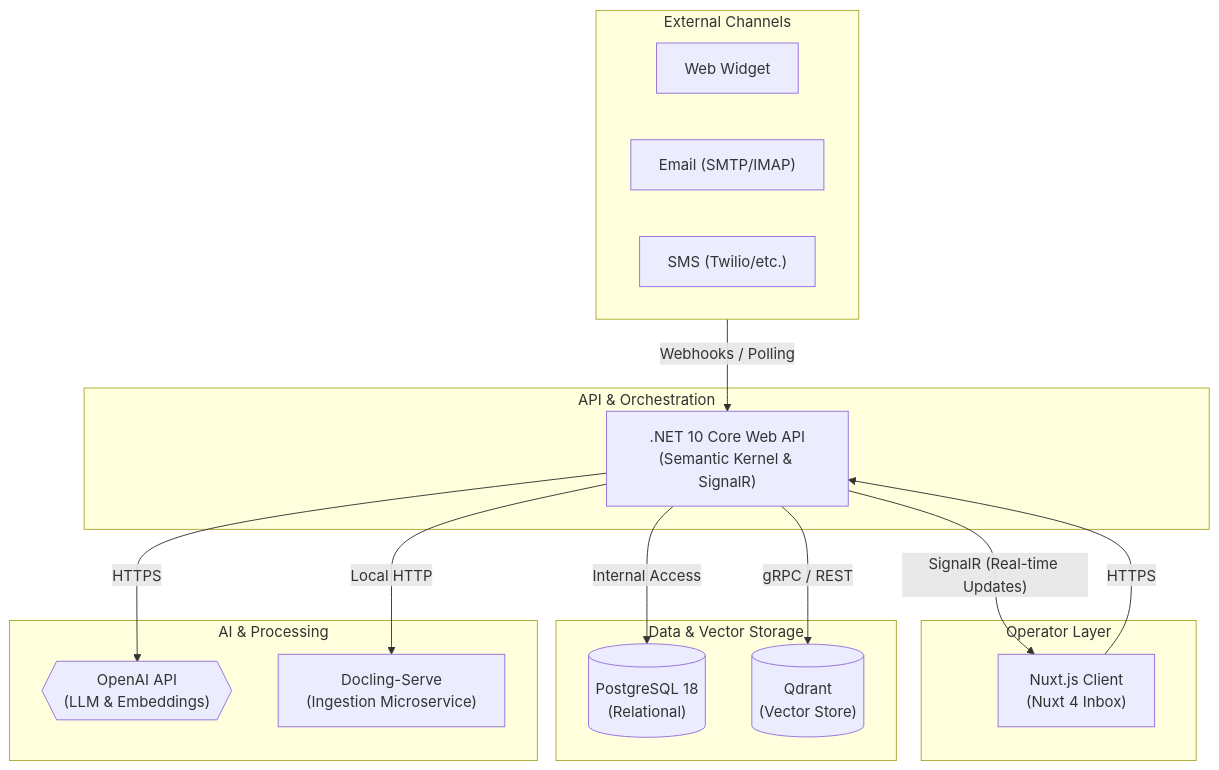
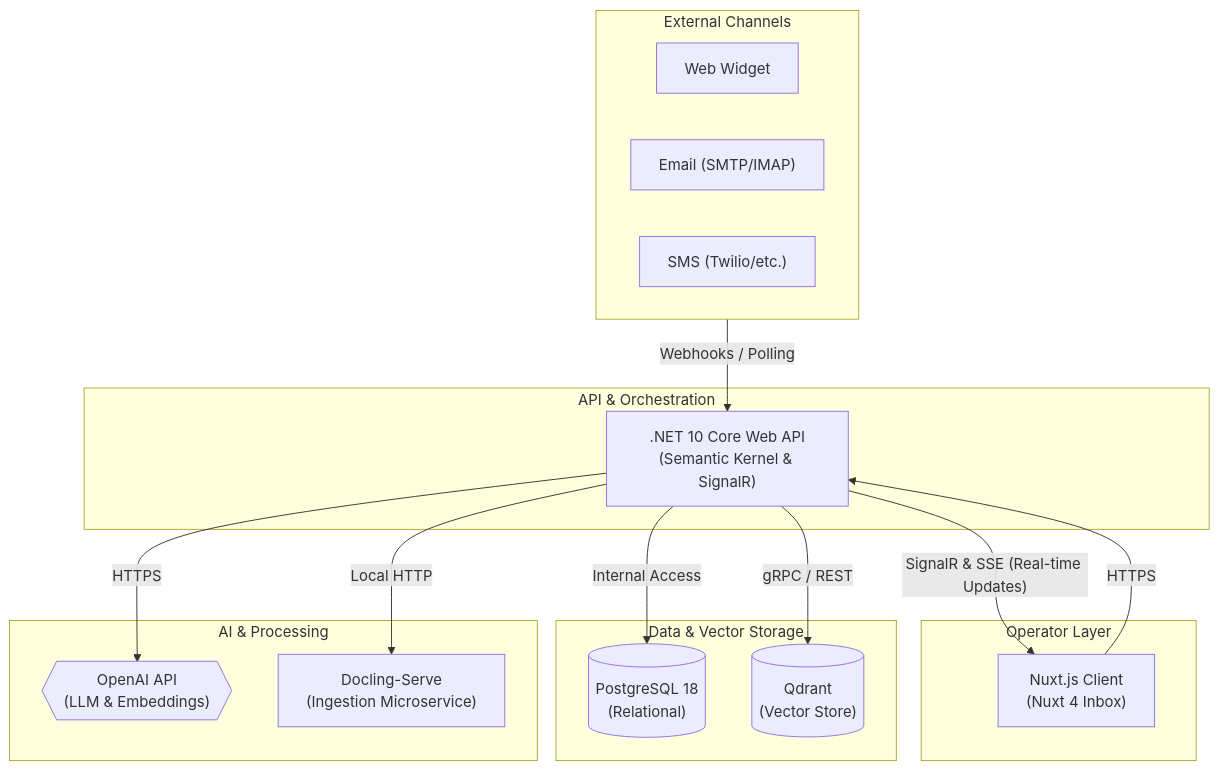
One commit to u3kkasha/chatbot changed the first of 2 diagrams in docs/ARD.md. Above: the diagram before and after it, drawn with Mermaid. The commit also changed other lines of this file and 9 other files, not shown here.

````diff
--- a/docs/ARD.md
+++ b/docs/ARD.md
@@ -9,34 +9,34 @@
 ```mermaid
 graph TD
     subgraph Channels [External Channels]
         Widget["Web Widget"]
         Email["Email (SMTP/IMAP)"]
         SMS["SMS (Twilio/etc.)"]
     end
 
     subgraph Client_Layer [Operator Layer]
         Client["Nuxt.js Client<br/>(Nuxt 4 Inbox)"]
     end
 
     subgraph API_Gateway [API & Orchestration]
         API[".NET 10 Core Web API<br/>(Semantic Kernel & SignalR)"]
     end
 
     subgraph Storage_Tier [Data & Vector Storage]
         PostgreSQL[("PostgreSQL 18<br/>(Relational)")]
         Qdrant[("Qdrant<br/>(Vector Store)")]
     end
 
     subgraph External_Services [AI & Processing]
         OpenAI{{"OpenAI API<br/>(LLM & Embeddings)"}}
         Docling["Docling-Serve<br/>(Ingestion Microservice)"]
     end
 
     Channels -- "Webhooks / Polling" --> API
-    API -- "SignalR (Real-time Updates)" --> Client
+    API -- "SignalR & SSE (Real-time Updates)" --> Client
     Client -- "HTTPS" --> API
     API -- "Internal Access" --> PostgreSQL
     API -- "gRPC / REST" --> Qdrant
     API -- "HTTPS" --> OpenAI
     API -- "Local HTTP" --> Docling
 ```
````
